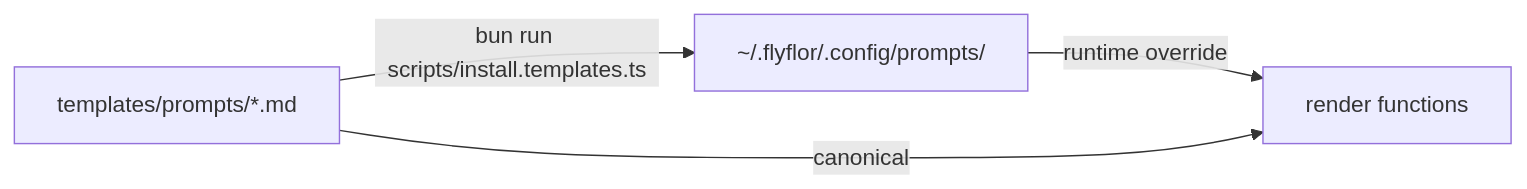
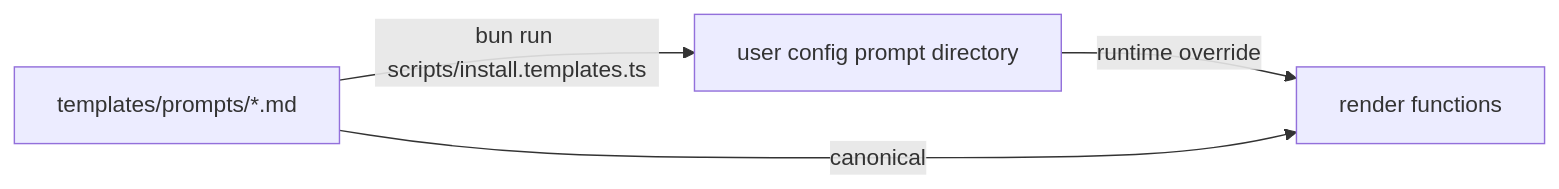
The second of 2 diagrams in README.md (flyflor/flyflor), drawn with Mermaid before and after one commit. The commit also changed other lines of this file and 114 other files, not shown here.

````diff
--- a/README.md
+++ b/README.md
@@ -383,6 +385,6 @@
 ```mermaid
 flowchart LR
-    Builtin["templates/prompts/*.md"] -- bun run scripts/install.templates.ts --> Userdir["~/.flyflor/.config/prompts/"]
+    Builtin["templates/prompts/*.md"] -- bun run scripts/install.templates.ts --> Userdir["user config prompt directory"]
     Userdir -- runtime override --> Render["render functions"]
     Builtin -- canonical --> Render
 ```
````
